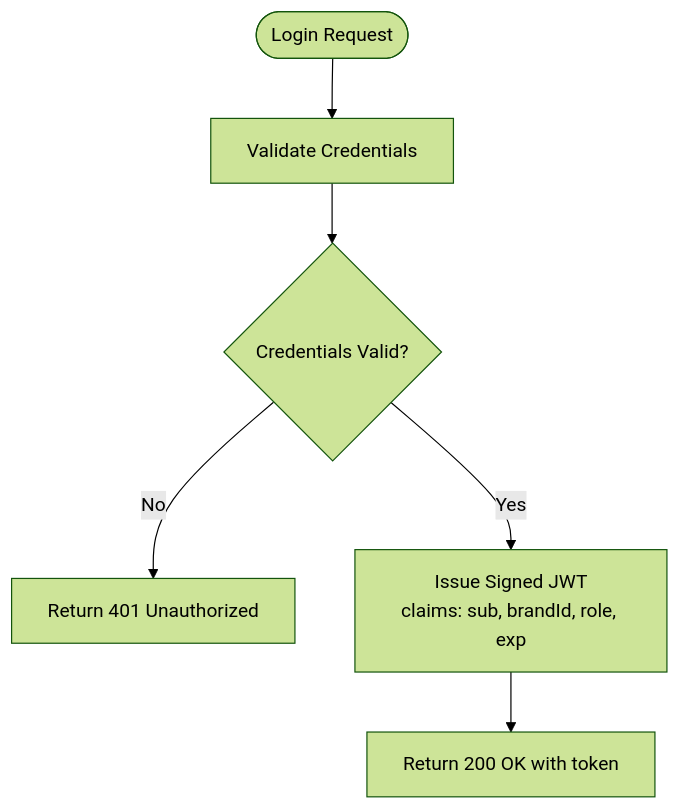
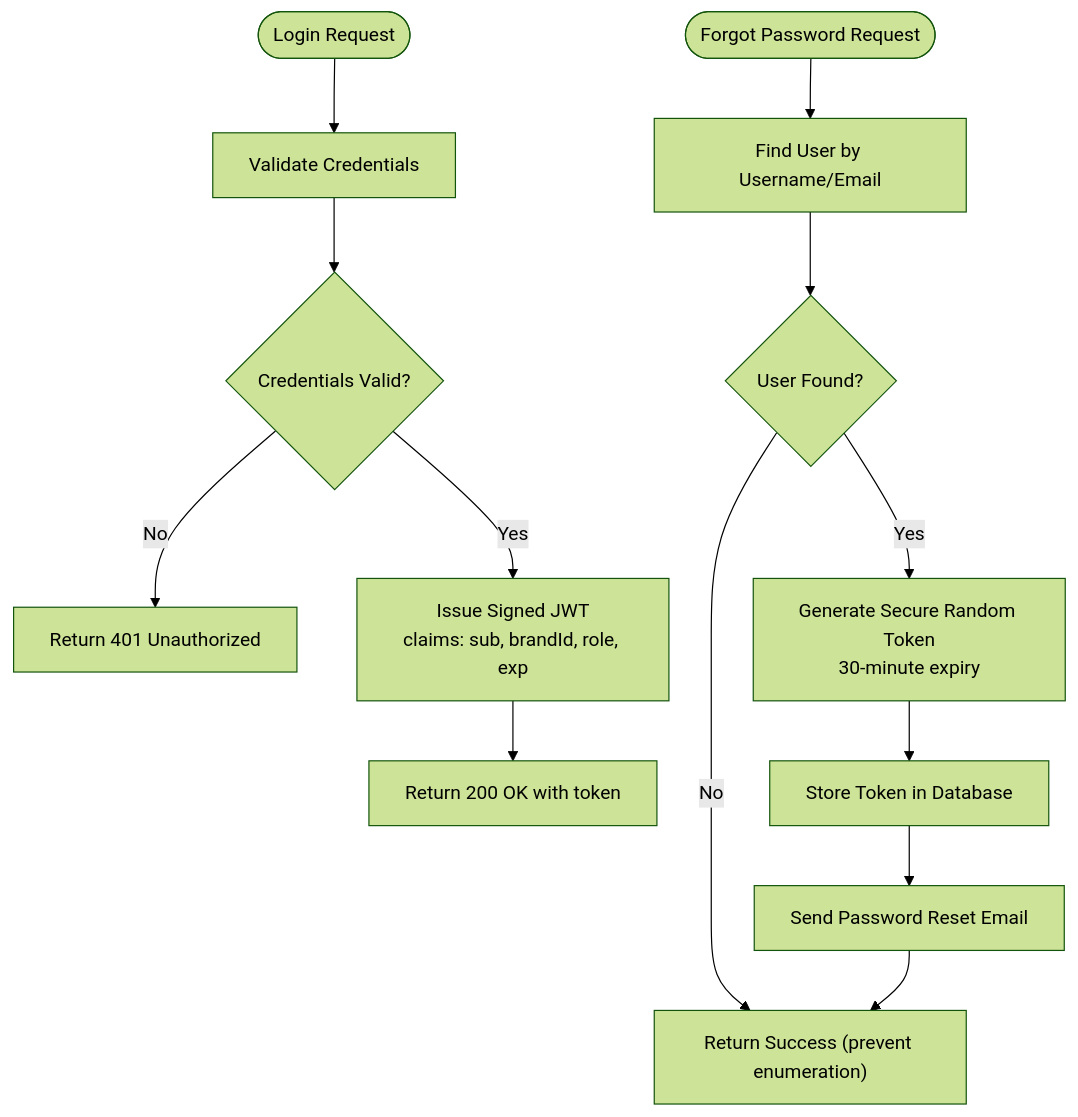
Before and after one commit to lamhongbac/NonCash: the seventh of 10 diagrams in .qoder/repowiki/en/content/API Contracts and Integration/Authentication and Security.md, drawn with Mermaid (forest theme). The commit also changed other lines of this file and 32 other files, not shown here.

````diff
--- a/.qoder/repowiki/en/content/API Contracts and Integration/Authentication and Security.md
+++ b/.qoder/repowiki/en/content/API Contracts and Integration/Authentication and Security.md
@@ -195,8 +327,15 @@
 ```mermaid
 flowchart TD
 Start(["Login Request"]) --> Validate["Validate Credentials"]
 Validate --> Valid{"Credentials Valid?"}
 Valid --> |No| Return401["Return 401 Unauthorized"]
 Valid --> |Yes| IssueJWT["Issue Signed JWT<br/>claims: sub, brandId, role, exp"]
 IssueJWT --> Return200["Return 200 OK with token"]
+Start2(["Forgot Password Request"]) --> FindUser["Find User by Username/Email"]
+FindUser --> UserFound{"User Found?"}
+UserFound --> |No| ReturnSuccess["Return Success (prevent enumeration)"]
+UserFound --> |Yes| GenerateToken["Generate Secure Random Token<br/>30-minute expiry"]
+GenerateToken --> StoreToken["Store Token in Database"]
+StoreToken --> SendEmail["Send Password Reset Email"]
+SendEmail --> ReturnSuccess
 ```
````
